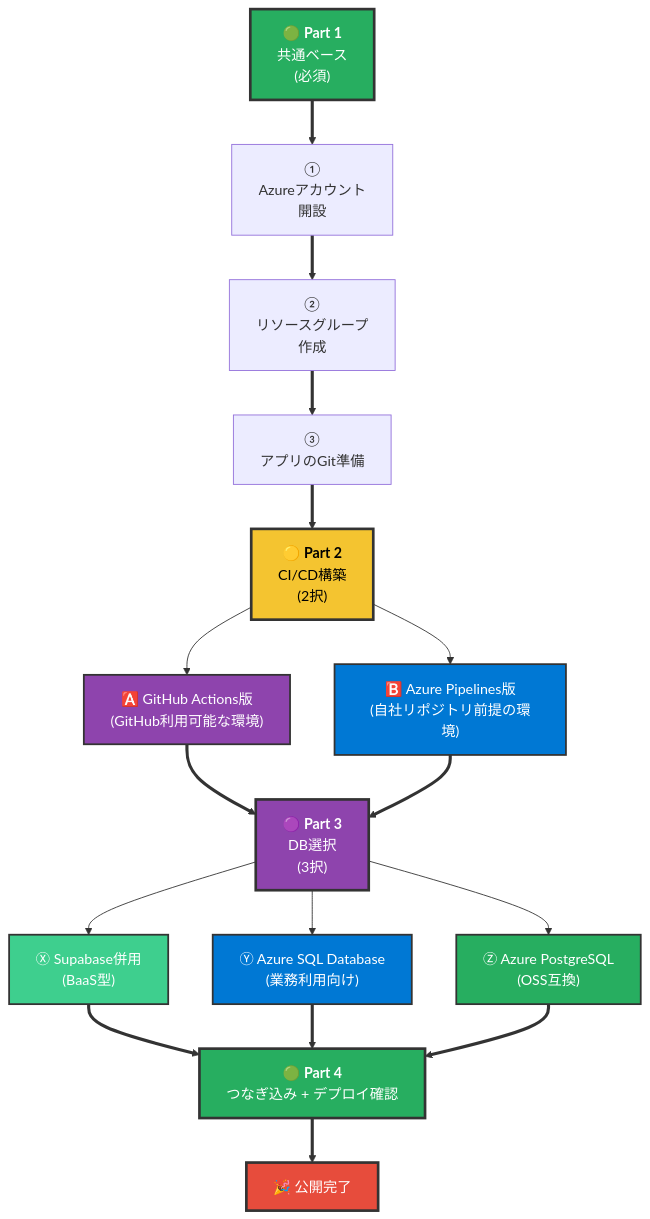
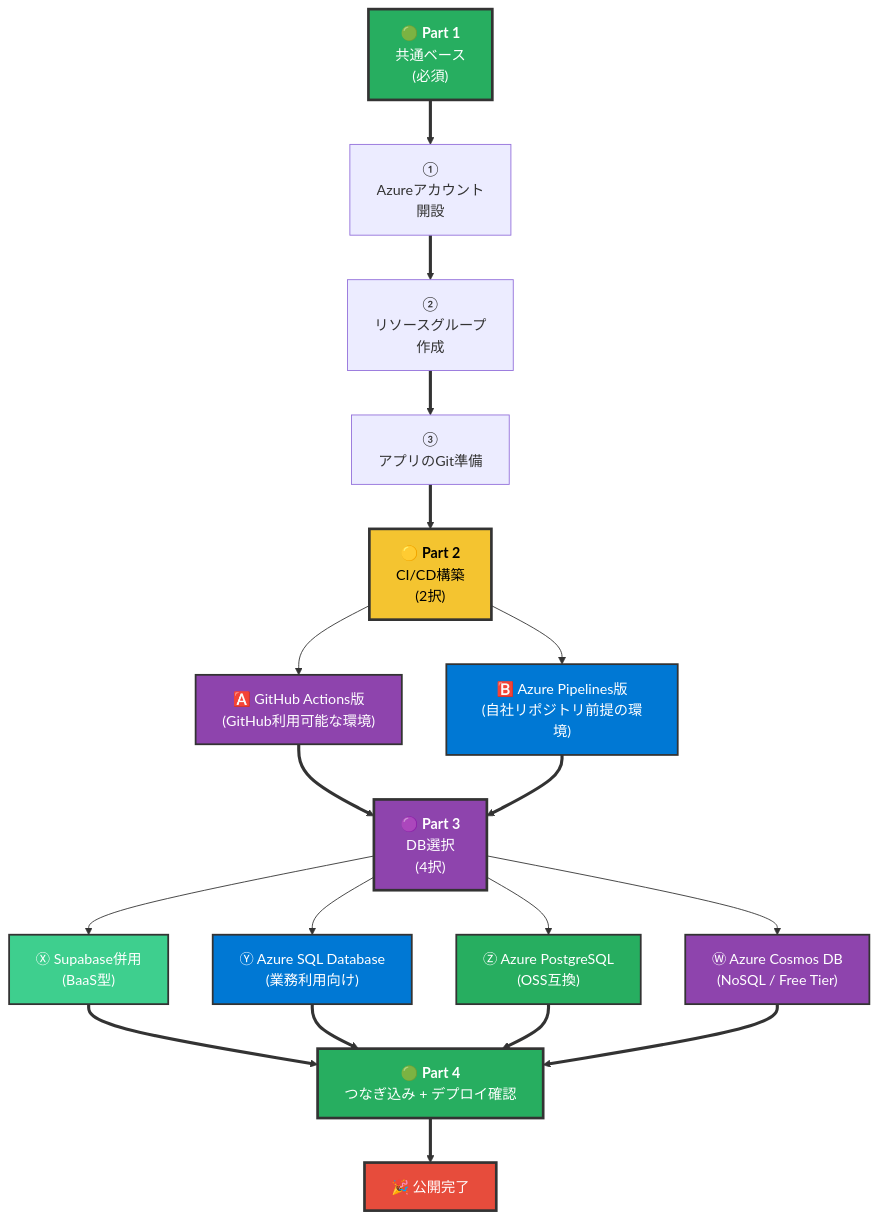
Before and after one commit to kasuyaofcb/tech_docs: the first of 22 diagrams in azure/setup.md, drawn with Mermaid. The commit also changed other lines of this file and 1 other file, not shown here.

First line of the commit message:
docs(azure): setup.mdに§3-W Cosmos DBとPortal詰まり対策の付録を追加

````diff
--- a/azure/setup.md
+++ b/azure/setup.md
@@ -16,35 +16,38 @@
 ```mermaid
 flowchart TB
     P1["🟢 <b>Part 1</b><br/>共通ベース<br/>(必須)"]
 
     P1 ==> S1["①<br/>Azureアカウント<br/>開設"]
     S1 ==> S2["②<br/>リソースグループ<br/>作成"]
     S2 ==> S3["③<br/>アプリのGit準備"]
 
     S3 ==> P2["🟡 <b>Part 2</b><br/>CI/CD構築<br/>(2択)"]
     P2 --> A["🅰️ GitHub Actions版<br/>(GitHub利用可能な環境)"]
     P2 --> B["🅱️ Azure Pipelines版<br/>(自社リポジトリ前提の環境)"]
 
-    A ==> P3["🟣 <b>Part 3</b><br/>DB選択<br/>(3択)"]
+    A ==> P3["🟣 <b>Part 3</b><br/>DB選択<br/>(4択)"]
     B ==> P3
     P3 --> X["Ⓧ Supabase併用<br/>(BaaS型)"]
     P3 --> Y["Ⓨ Azure SQL Database<br/>(業務利用向け)"]
     P3 --> Z["Ⓩ Azure PostgreSQL<br/>(OSS互換)"]
+    P3 --> W["Ⓦ Azure Cosmos DB<br/>(NoSQL / Free Tier)"]
 
     X ==> P4["🟢 <b>Part 4</b><br/>つなぎ込み + デプロイ確認"]
     Y ==> P4
     Z ==> P4
+    W ==> P4
 
     P4 ==> END["🎉 公開完了"]
 
     style P1 fill:#27AE60,color:#FFFFFF,stroke:#333,stroke-width:3px
     style P2 fill:#F4C430,color:#000,stroke:#333,stroke-width:3px
     style P3 fill:#8E44AD,color:#FFFFFF,stroke:#333,stroke-width:3px
     style P4 fill:#27AE60,color:#FFFFFF,stroke:#333,stroke-width:3px
     style A fill:#8E44AD,color:#FFFFFF,stroke:#333,stroke-width:2px
     style B fill:#0078D4,color:#FFFFFF,stroke:#333,stroke-width:2px
     style X fill:#3ECF8E,color:#FFFFFF,stroke:#333,stroke-width:2px
     style Y fill:#0078D4,color:#FFFFFF,stroke:#333,stroke-width:2px
     style Z fill:#27AE60,color:#FFFFFF,stroke:#333,stroke-width:2px
+    style W fill:#8E44AD,color:#FFFFFF,stroke:#333,stroke-width:2px
     style END fill:#E74C3C,color:#FFFFFF,stroke:#333,stroke-width:3px
 ```
````
